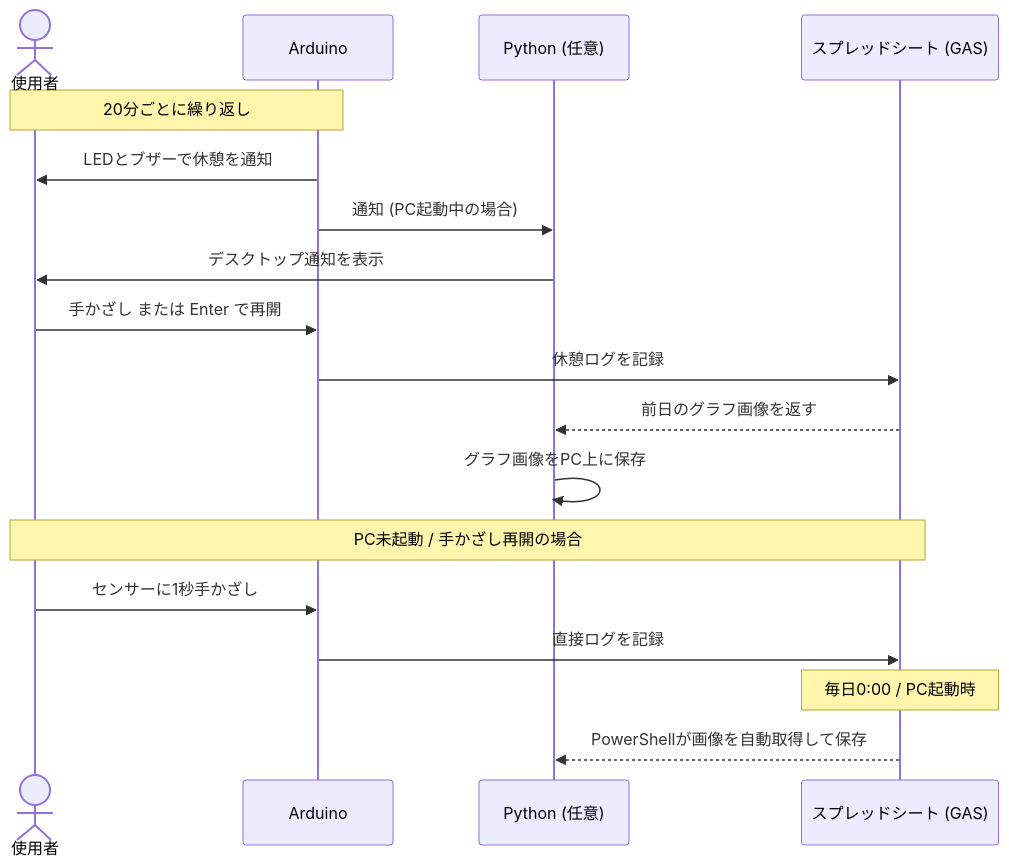
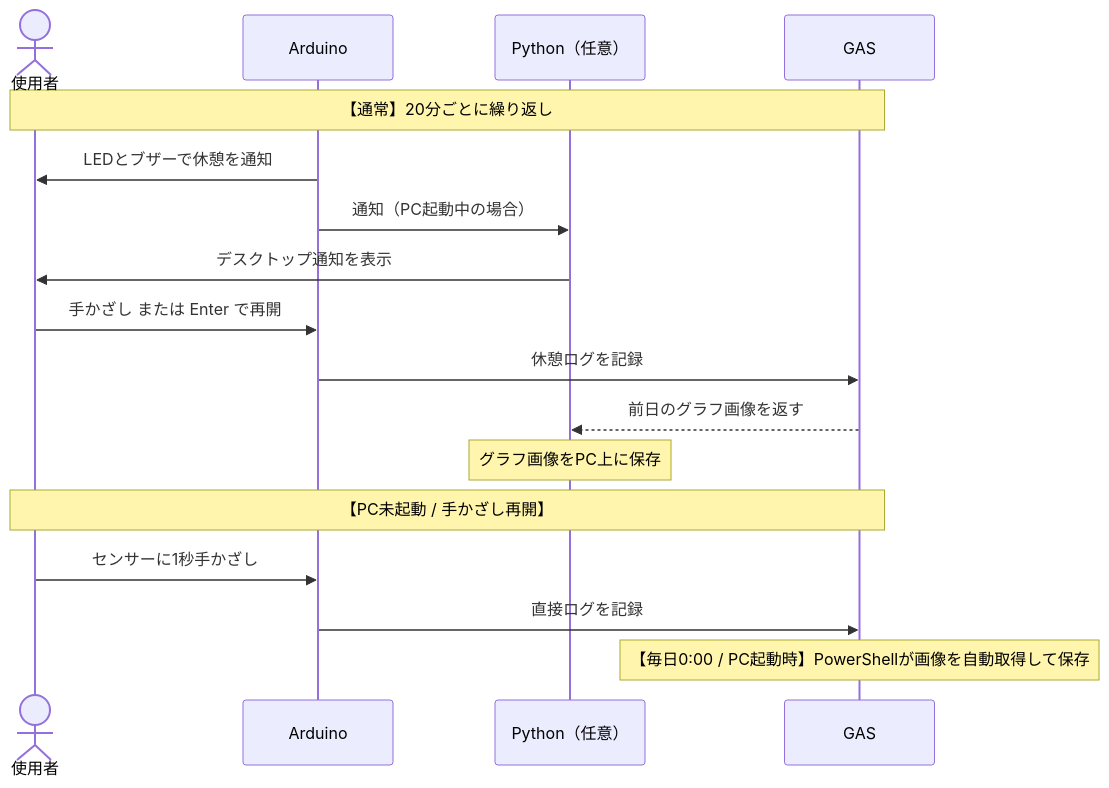
Before and after one commit to sora24sky/project-eye: the diagram in readme.md, drawn with Mermaid.

Commit message:
コミット

````diff
--- a/readme.md
+++ b/readme.md
@@ -38,23 +38,22 @@
 ```mermaid
 sequenceDiagram
     actor U as 使用者
     participant A as Arduino
-    participant P as Python (任意)
-    participant G as スプレッドシート (GAS)
+    participant P as Python（任意）
+    participant G as GAS
 
-    Note over U,A: 20分ごとに繰り返し
+    Note over U,G: 【通常】20分ごとに繰り返し
     A->>U: LEDとブザーで休憩を通知
-    A->>P: 通知 (PC起動中の場合)
+    A->>P: 通知（PC起動中の場合）
     P->>U: デスクトップ通知を表示
     U->>A: 手かざし または Enter で再開
     A->>G: 休憩ログを記録
     G-->>P: 前日のグラフ画像を返す
-    P->>P: グラフ画像をPC上に保存
+    Note over P: グラフ画像をPC上に保存
 
-    Note over U,G: PC未起動 / 手かざし再開の場合
+    Note over U,G: 【PC未起動 / 手かざし再開】
     U->>A: センサーに1秒手かざし
     A->>G: 直接ログを記録
 
-    Note over G: 毎日0:00 / PC起動時
-    G-->>P: PowerShellが画像を自動取得して保存
+    Note over G: 【毎日0:00 / PC起動時】PowerShellが画像を自動取得して保存
 ```
````
